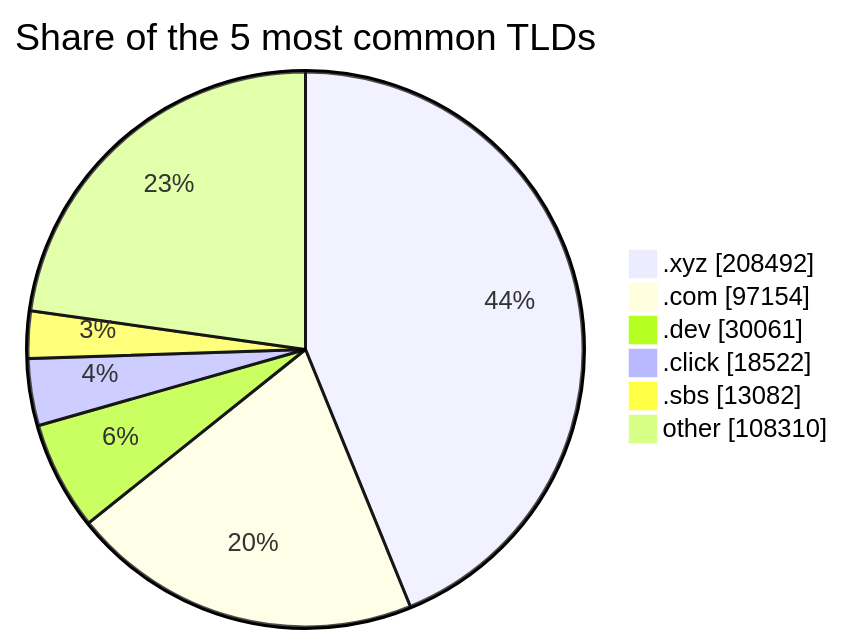
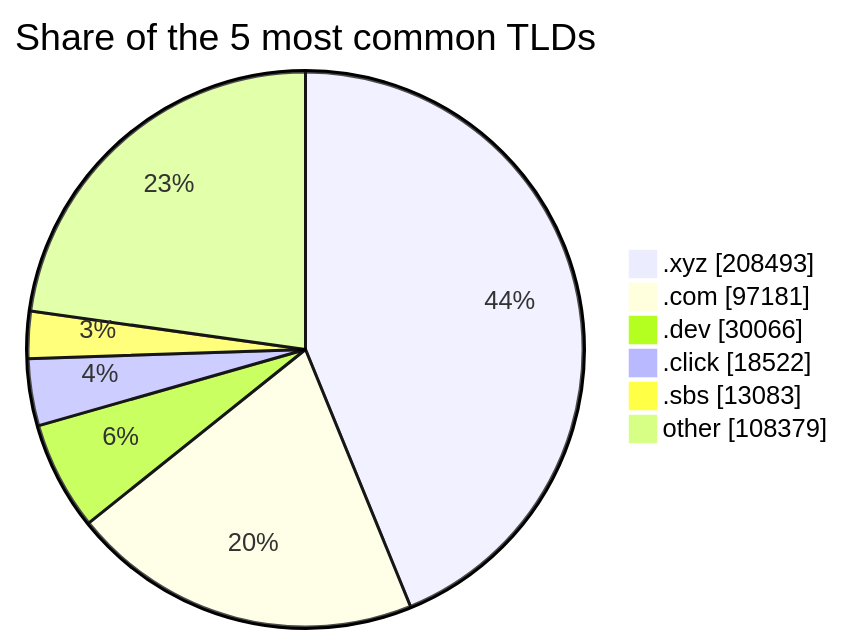
One commit to DNSBunker/CTI changed the third of 3 diagrams in README.md. Above: the diagram before and after it, drawn with Mermaid. The commit also changed other lines of this file and 3 other files, not shown here.

````diff
--- a/README.md
+++ b/README.md
@@ -81,9 +81,9 @@
 ```mermaid
 pie showData title Share of the 5 most common TLDs
-    ".xyz" : 208492
-    ".com" : 97154
-    ".dev" : 30061
+    ".xyz" : 208493
+    ".com" : 97181
+    ".dev" : 30066
     ".click" : 18522
-    ".sbs" : 13082
-    "other" : 108310
+    ".sbs" : 13083
+    "other" : 108379
 ```
````
